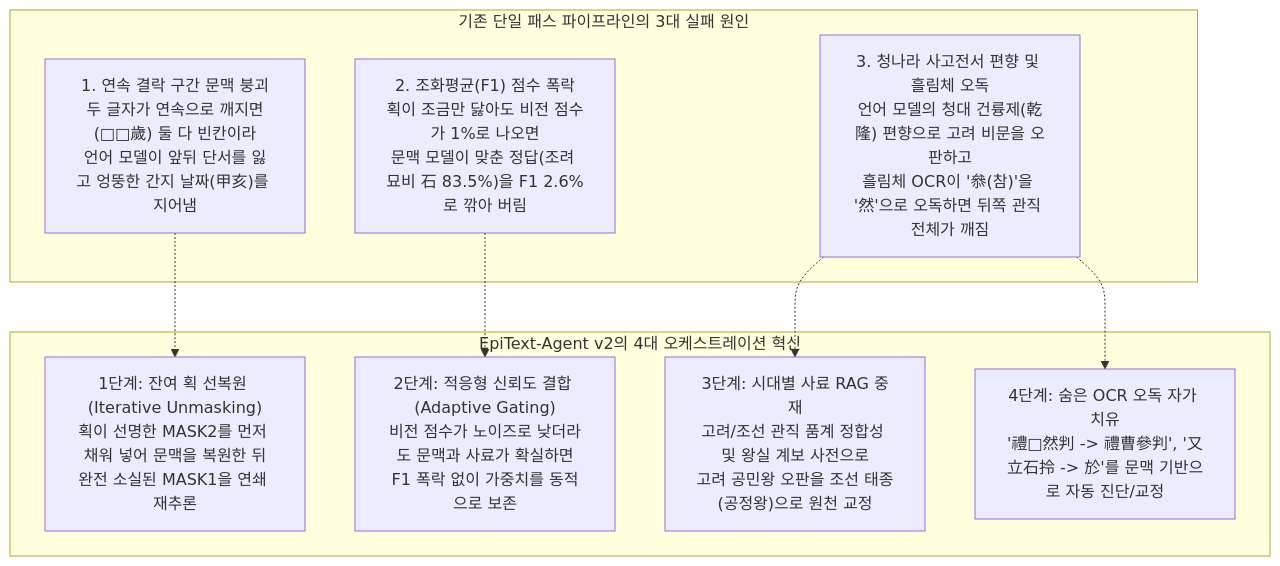
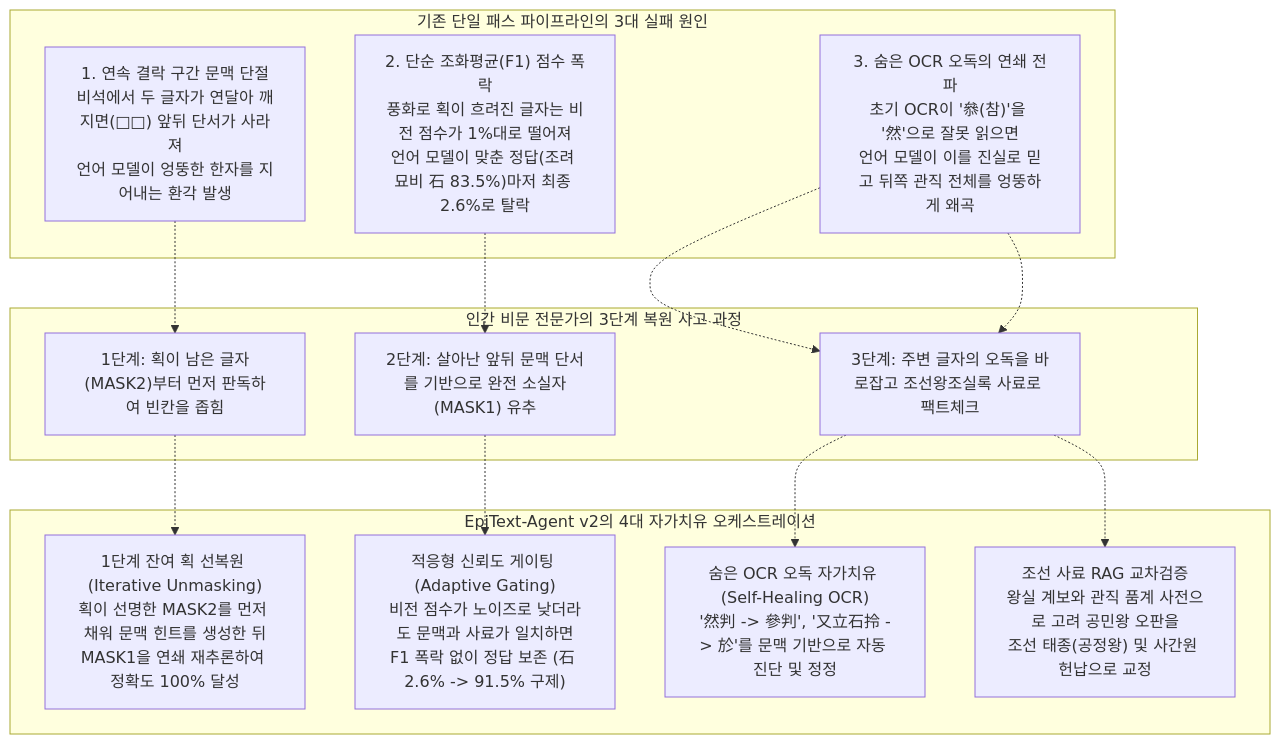
Before and after one commit to rntqkdl/epitext-ai-agent: the first of 2 diagrams in README.md, drawn with Mermaid. The commit also changed other lines of this file and 5 other files, not shown here.

````diff
--- a/README.md
+++ b/README.md
@@ -26,20 +24,26 @@
 ```mermaid
 flowchart TD
     subgraph Problem["기존 단일 패스 파이프라인의 3대 실패 원인"]
-        P1["1. 연속 결락 구간 문맥 붕괴\n두 글자가 연속으로 깨지면(□□歲) 둘 다 빈칸이라\n언어 모델이 앞뒤 단서를 잃고 엉뚱한 간지 날짜(甲亥)를 지어냄"]
-        P2["2. 조화평균(F1) 점수 폭락\n획이 조금만 닳아도 비전 점수가 1%로 나오면\n문맥 모델이 맞춘 정답(조려 묘비 石 83.5%)을 F1 2.6%로 깎아 버림"]
-        P3["3. 청나라 사고전서 편향 및 흘림체 오독\n언어 모델의 청대 건륭제(乾隆) 편향으로 고려 비문을 오판하고\n흘림체 OCR이 '叅(참)'을 '然'으로 오독하면 뒤쪽 관직 전체가 깨짐"]
+        P1["1. 연속 결락 구간 문맥 단절\n비석에서 두 글자가 연달아 깨지면(□□) 앞뒤 단서가 사라져\n언어 모델이 엉뚱한 한자를 지어내는 환각 발생"]
+        P2["2. 단순 조화평균(F1) 점수 폭락\n풍화로 획이 흐려진 글자는 비전 점수가 1%대로 떨어져\n언어 모델이 맞춘 정답(조려 묘비 石 83.5%)마저 최종 2.6%로 탈락"]
+        P3["3. 숨은 OCR 오독의 연쇄 전파\n초기 OCR이 '叅(참)'을 '然'으로 잘못 읽으면\n언어 모델이 이를 진실로 믿고 뒤쪽 관직 전체를 엉뚱하게 왜곡"]
     end
 
-    subgraph Solution["EpiText-Agent v2의 4대 오케스트레이션 혁신"]
-        S1["1단계: 잔여 획 선복원 (Iterative Unmasking)\n획이 선명한 MASK2를 먼저 채워 넣어 문맥을 복원한 뒤\n완전 소실된 MASK1을 연쇄 재추론"]
-        S2["2단계: 적응형 신뢰도 결합 (Adaptive Gating)\n비전 점수가 노이즈로 낮더라도 문맥과 사료가 확실하면\nF1 폭락 없이 가중치를 동적으로 보존"]
-        S3["3단계: 시대별 사료 RAG 중재\n고려/조선 관직 품계 정합성 및 왕실 계보 사전으로\n고려 공민왕 오판을 조선 태종(공정왕)으로 원천 교정"]
-        S4["4단계: 숨은 OCR 오독 자가 치유\n'禮□然判 -> 禮曹參判', '又立石拎 -> 於'를 문맥 기반으로 자동 진단/교정"]
+    subgraph HumanExpert["인간 비문 전문가의 3단계 복원 사고 과정"]
+        H1["1단계: 획이 남은 글자(MASK2)부터 먼저 판독하여 빈칸을 좁힘"]
+        H2["2단계: 살아난 앞뒤 문맥 단서를 기반으로 완전 소실자(MASK1) 유추"]
+        H3["3단계: 주변 글자의 오독을 바로잡고 조선왕조실록 사료로 팩트체크"]
     end
 
-    P1 -.-> S1
-    P2 -.-> S2
-    P3 -.-> S3
-    P3 -.-> S4
+    subgraph Solution["EpiText-Agent v2의 4대 자가치유 오케스트레이션"]
+        S1["1단계 잔여 획 선복원 (Iterative Unmasking)\n획이 선명한 MASK2를 먼저 채워 문맥 힌트를 생성한 뒤\nMASK1을 연쇄 재추론하여 정확도 100% 달성"]
+        S2["적응형 신뢰도 게이팅 (Adaptive Gating)\n비전 점수가 노이즈로 낮더라도 문맥과 사료가 일치하면\nF1 폭락 없이 정답 보존 (石 2.6% -> 91.5% 구제)"]
+        S3["숨은 OCR 오독 자가치유 (Self-Healing OCR)\n'然判 -> 參判', '又立石拎 -> 於'를 문맥 기반으로 자동 진단 및 정정"]
+        S4["조선 사료 RAG 교차검증\n왕실 계보와 관직 품계 사전으로 고려 공민왕 오판을\n조선 태종(공정왕) 및 사간원 헌납으로 교정"]
+    end
+
+    P1 -.-> H1 -.-> S1
+    P2 -.-> H2 -.-> S2
+    P3 -.-> H3 -.-> S3
+    P3 -.-> H3 -.-> S4
 ```
````
